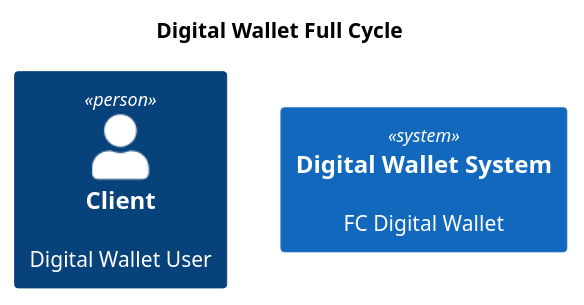
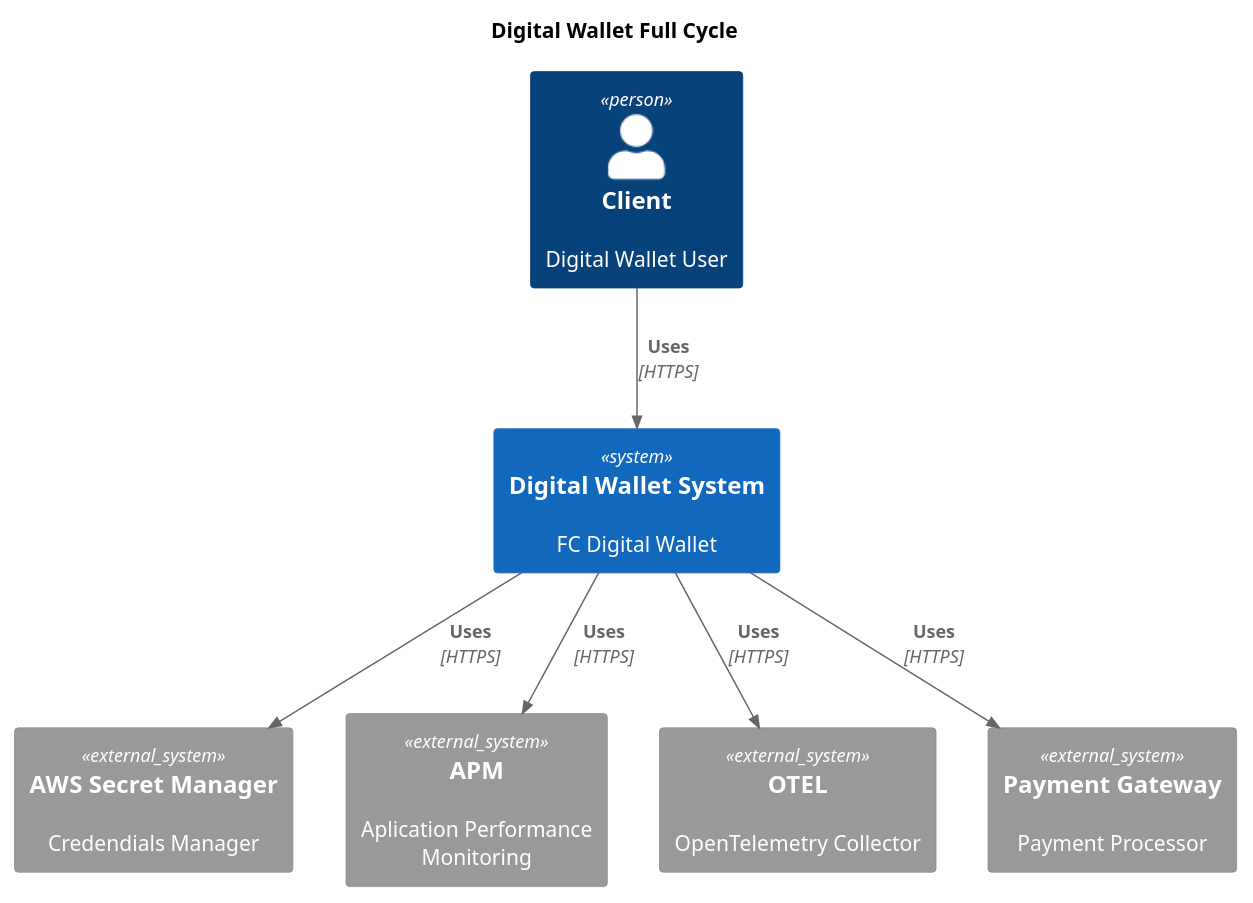
One commit to a-martins/digital-wallet-plant-uml changed the diagram in context.puml. Above: the diagram before and after it, drawn with PlantUML.

Commit message:
Create the project context

```diff
--- a/context.puml
+++ b/context.puml
@@ -1,8 +1,19 @@
 @startuml
 !include https://raw.githubusercontent.com/plantuml-stdlib/C4-PlantUML/master/C4_Container.puml
 
 title "Digital Wallet Full Cycle"
-Person("client", "Client", "Digital Wallet User")
-System("Wallet", "Digital Wallet System", "FC Digital Wallet")
+Person(client, "Client", "Digital Wallet User")
+System(wallet, "Digital Wallet System", "FC Digital Wallet")
+
+System_Ext(secret_manager, "AWS Secret Manager", "Credendials Manager")
+System_Ext(apm, "APM", "Aplication Performance Monitoring")
+System_Ext(collect, "OTEL", "OpenTelemetry Collector")
+System_Ext(payment_gateway, "Payment Gateway", "Payment Processor")
+
+Rel(client, wallet, "Uses", "HTTPS")
+Rel(wallet, secret_manager, "Uses", "HTTPS")
+Rel(wallet, apm, "Uses", "HTTPS")
+Rel(wallet, collect, "Uses", "HTTPS")
+Rel(wallet, payment_gateway, "Uses", "HTTPS")
 
 @enduml
```
